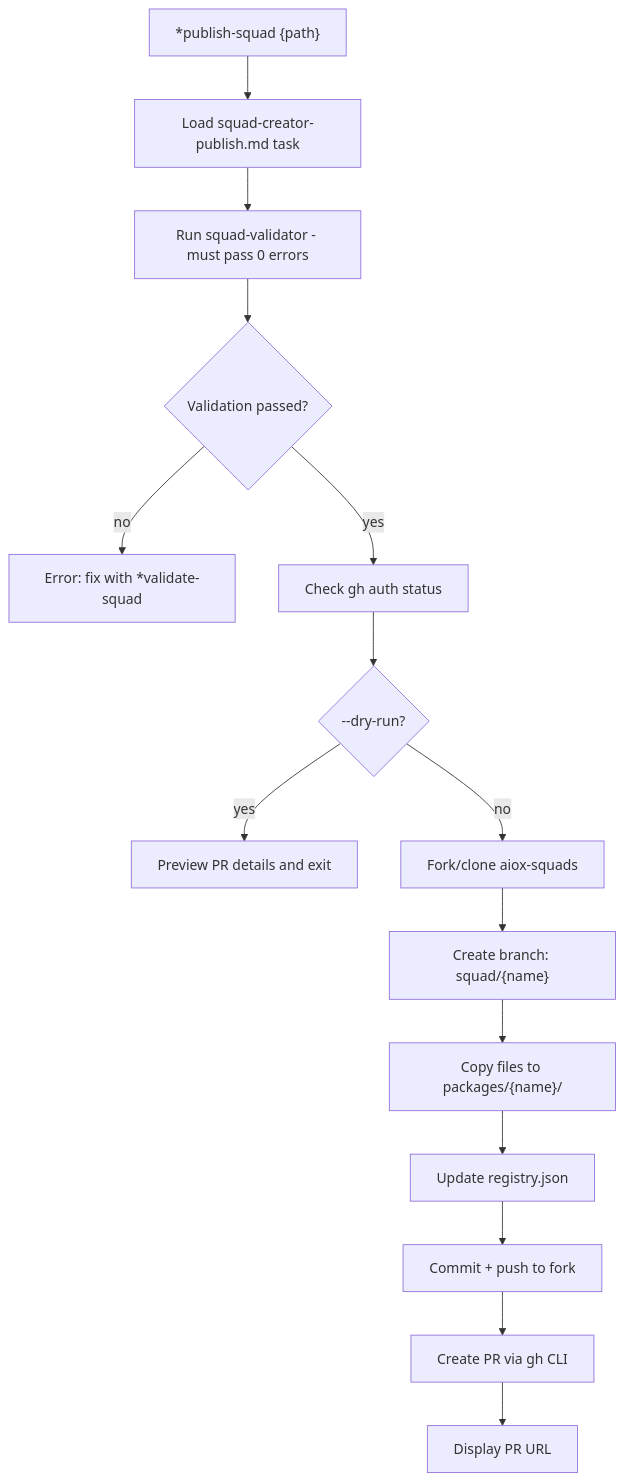
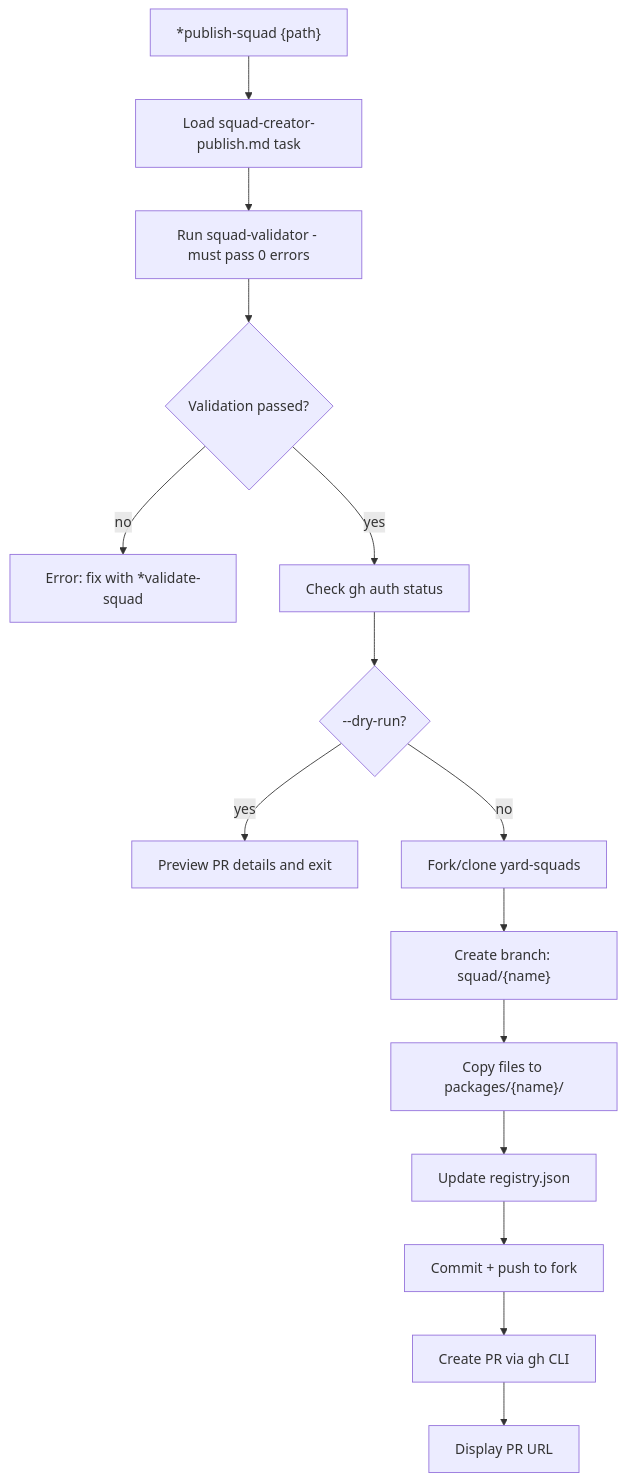
One commit to ernesto-langa/yard-core changed the tenth of 12 diagrams in docs/guides/agents/traces/squad-creation-execution-trace.md. Above: the diagram before and after it, drawn with Mermaid. The commit also changed other lines of this file and 529 other files, not shown here.

````diff
--- a/docs/guides/agents/traces/squad-creation-execution-trace.md
+++ b/docs/guides/agents/traces/squad-creation-execution-trace.md
@@ -431,17 +431,17 @@
 ```mermaid
 flowchart TD
     A["*publish-squad {path}"] --> B[Load squad-creator-publish.md task]
     B --> C[Run squad-validator - must pass 0 errors]
     C --> D{Validation passed?}
     D -->|no| E[Error: fix with *validate-squad]
     D -->|yes| F[Check gh auth status]
     F --> G{--dry-run?}
     G -->|yes| H[Preview PR details and exit]
-    G -->|no| I[Fork/clone aiox-squads]
+    G -->|no| I[Fork/clone yard-squads]
     I --> J["Create branch: squad/{name}"]
     J --> K["Copy files to packages/{name}/"]
     K --> L[Update registry.json]
     L --> M[Commit + push to fork]
     M --> N[Create PR via gh CLI]
     N --> O[Display PR URL]
 ```
````
